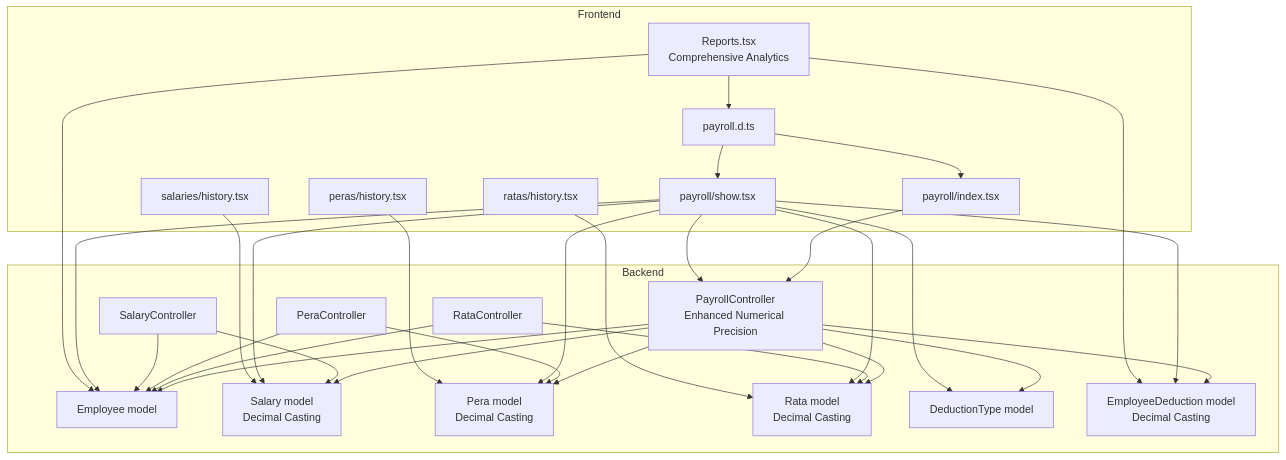
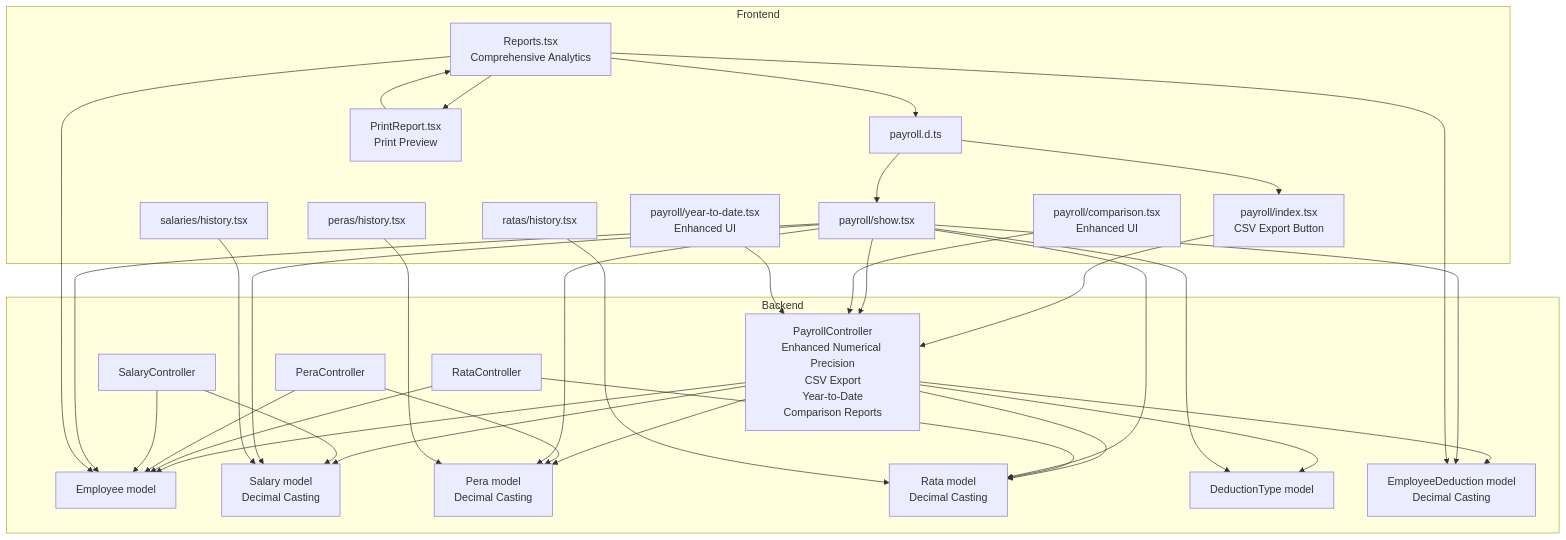
The first of 11 diagrams in .qoder/repowiki/en/content/Payroll System/Payroll System.md (vincet0t15/template), drawn with Mermaid before and after one commit. The commit also changed other lines of this file and 6 other files, not shown here.

````diff
--- a/.qoder/repowiki/en/content/Payroll System/Payroll System.md
+++ b/.qoder/repowiki/en/content/Payroll System/Payroll System.md
@@ -65,52 +73,59 @@
 ```mermaid
 graph TB
 subgraph "Backend"
-PC["PayrollController<br/>Enhanced Numerical Precision"]
+PC["PayrollController<br/>Enhanced Numerical Precision<br/>CSV Export<br/>Year-to-Date<br/>Comparison Reports"]
 RC["RataController"]
 PEC["PeraController"]
 SC["SalaryController"]
 EM["Employee model"]
 SM["Salary model<br/>Decimal Casting"]
 PM["Pera model<br/>Decimal Casting"]
 RM["Rata model<br/>Decimal Casting"]
 DM["DeductionType model"]
 EDM["EmployeeDeduction model<br/>Decimal Casting"]
 end
 subgraph "Frontend"
-PI["payroll/index.tsx"]
+PI["payroll/index.tsx<br/>CSV Export Button"]
 PS["payroll/show.tsx"]
+PCOMP["payroll/comparison.tsx<br/>Enhanced UI"]
+PYTD["payroll/year-to-date.tsx<br/>Enhanced UI"]
 PT["payroll.d.ts"]
 REP["Reports.tsx<br/>Comprehensive Analytics"]
+PR["PrintReport.tsx<br/>Print Preview"]
 SH["salaries/history.tsx"]
 PH["peras/history.tsx"]
 RH["ratas/history.tsx"]
 end
 PC --> EM
 PC --> SM
 PC --> PM
 PC --> RM
 PC --> EDM
 PC --> DM
 RC --> RM
 RC --> EM
 PEC --> PM
 PEC --> EM
 SC --> SM
 SC --> EM
 PI --> PC
 PS --> PC
 PS --> EM
 PS --> SM
 PS --> PM
 PS --> RM
 PS --> EDM
 PS --> DM
+PCOMP --> PC
+PYTD --> PC
 REP --> EM
 REP --> EDM
+REP --> PR
 REP --> PT
+PR --> REP
 SH --> SM
 PH --> PM
 RH --> RM
 PT --> PI
 PT --> PS
 ```
````
